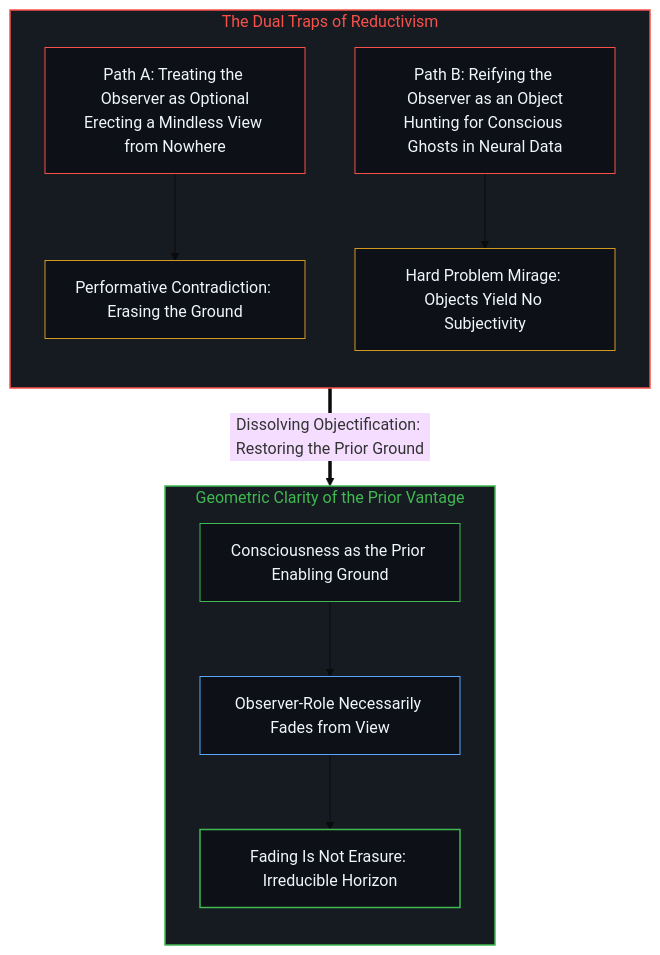
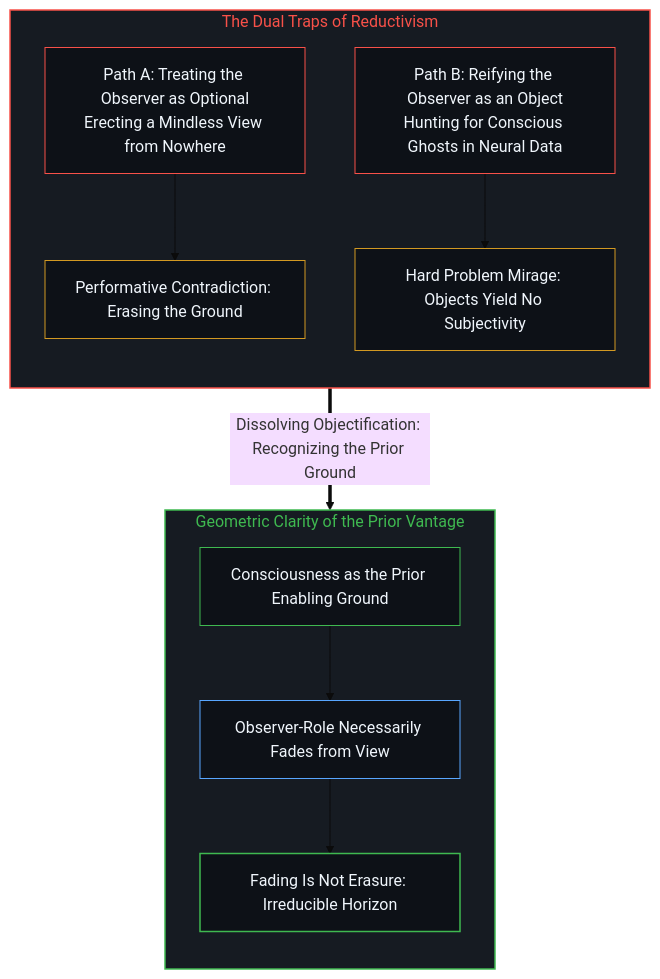
One commit to powerpig99/not-a-toe changed the sixth of 6 diagrams in content/posts/the-grammar-of-finding-and-the-fading-observer.md. Above: the diagram before and after it, drawn with Mermaid (base theme). The commit also changed other lines of this file and 4 other files, not shown here.

````diff
--- a/content/posts/the-grammar-of-finding-and-the-fading-observer.md
+++ b/content/posts/the-grammar-of-finding-and-the-fading-observer.md
@@ -167,27 +171,27 @@
 ```mermaid
 graph TD
     subgraph S_Fallacy ["The Dual Traps of Reductivism"]
         direction TB
         style S_Fallacy fill:#161b22,stroke:#f85149,stroke-width:1.5px,color:#f85149
         E1["Path A: Treating the Observer as Optional<br/>Erecting a Mindless View from Nowhere"]
         E2["Path B: Reifying the Observer as an Object<br/>Hunting for Conscious Ghosts in Neural Data"]
         E1 --> P1["Performative Contradiction: Erasing the Ground"]
         E2 --> P2["Hard Problem Mirage: Objects Yield No Subjectivity"]
         style E1 fill:#0d1117,stroke:#f85149,stroke-width:1px,color:#f0f6fc
         style E2 fill:#0d1117,stroke:#f85149,stroke-width:1px,color:#f0f6fc
         style P1 fill:#0d1117,stroke:#d29922,stroke-width:1px,color:#f0f6fc
         style P2 fill:#0d1117,stroke:#d29922,stroke-width:1px,color:#f0f6fc
     end
 
-    P2 ==>|"Dissolving Objectification: Restoring the Prior Ground"| R1
+    P2 ==>|"Dissolving Objectification: Recognizing the Prior Ground"| R1
 
     subgraph S_Resolution ["Geometric Clarity of the Prior Vantage"]
         direction TB
         style S_Resolution fill:#161b22,stroke:#3fb950,stroke-width:1.5px,color:#3fb950
         R1["Consciousness as the Prior Enabling Ground"] --> R2["Observer-Role Necessarily Fades from View"]
         R2 --> R3["Fading Is Not Erasure: Irreducible Horizon"]
         style R1 fill:#0d1117,stroke:#3fb950,stroke-width:1px,color:#f0f6fc
         style R2 fill:#0d1117,stroke:#58a6ff,stroke-width:1px,color:#f0f6fc
         style R3 fill:#0d1117,stroke:#3fb950,stroke-width:1.5px,color:#f0f6fc
     end
 ```
````
